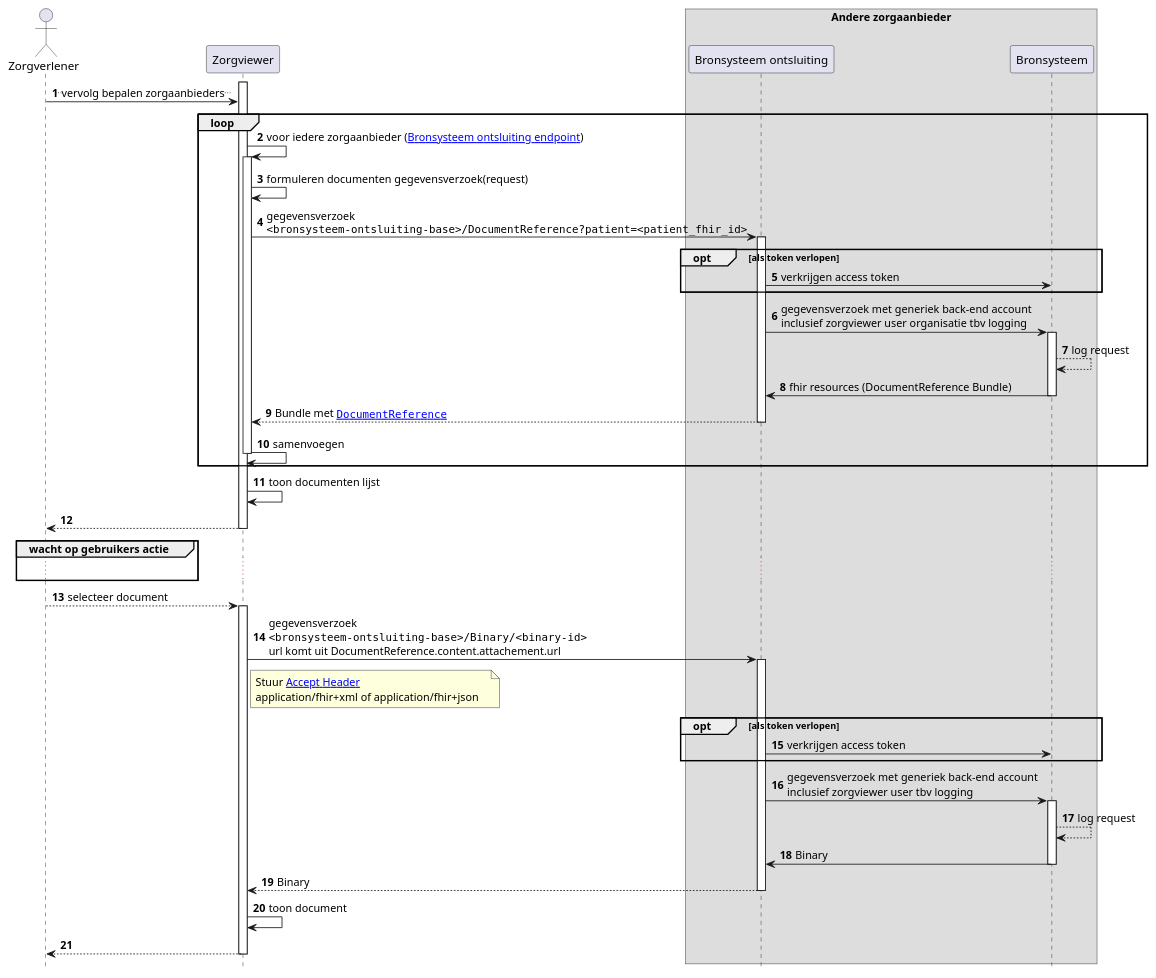
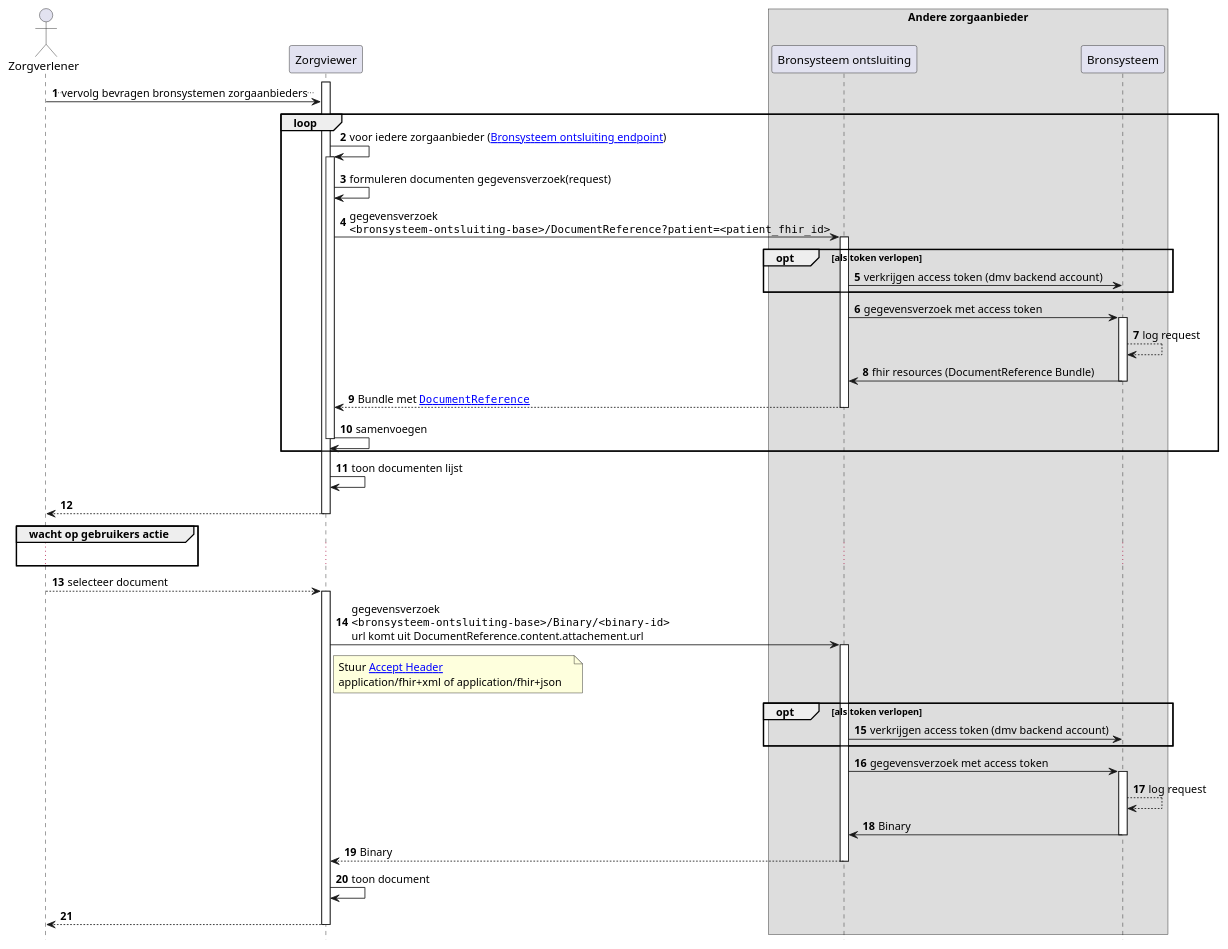
The diagram in input/images-source/Zorgviewer-seq-4.plantuml (RIVO-Noord/zorgviewer-ig), drawn with PlantUML before and after one commit. The commit also changed 3 other files, not shown here.

```diff
--- a/input/images-source/Zorgviewer-seq-4.plantuml
+++ b/input/images-source/Zorgviewer-seq-4.plantuml
@@ -1,61 +1,61 @@
 @startuml
 hide footbox
 autonumber
 
 actor Zorgverlener
 participant Zorgviewer
 box "Andere zorgaanbieder"
 participant "Bronsysteem ontsluiting" as Bron
 participant Bronsysteem
 end box
 
 activate Zorgviewer
-Zorgverlener->Zorgviewer: ..vervolg bepalen zorgaanbieders..
+Zorgverlener->Zorgviewer: ..vervolg bevragen bronsystemen zorgaanbieders..
 loop
     Zorgviewer->Zorgviewer: voor iedere zorgaanbieder ([[Endpoint-UMCG.html Bronsysteem ontsluiting endpoint]])
     activate Zorgviewer
     Zorgviewer->Zorgviewer: formuleren documenten gegevensverzoek(request)
     Zorgviewer->Bron: gegevensverzoek\n""<bronsysteem-ontsluiting-base>/DocumentReference?patient=<patient_fhir_id>""
     activate Bron
     opt als token verlopen
-        Bron->Bronsysteem : verkrijgen access token
+        Bron->Bronsysteem : verkrijgen access token (dmv backend account)
     end opt
-    Bron->Bronsysteem : gegevensverzoek met generiek back-end account\ninclusief zorgviewer user organisatie tbv logging
+    Bron->Bronsysteem : gegevensverzoek met access token
     activate Bronsysteem
     Bronsysteem-->Bronsysteem: log request
     Bronsysteem->Bron: fhir resources (DocumentReference Bundle)
     deactivate Bronsysteem
     Bron-->Zorgviewer: Bundle met ""[[StructureDefinition-DocumentReference.html DocumentReference]]""
     deactivate Bron
     Zorgviewer->Zorgviewer: samenvoegen
     deactivate Zorgviewer
 end
 Zorgviewer->Zorgviewer: toon documenten lijst
 Zorgviewer-->Zorgverlener
 deactivate Zorgviewer
 group wacht op gebruikers actie
 ...
 end
 Zorgverlener-->Zorgviewer: selecteer document
 activate Zorgviewer
 Zorgviewer->Bron: gegevensverzoek\n""<bronsysteem-ontsluiting-base>/Binary/<binary-id>""\nurl komt uit DocumentReference.content.attachement.url
 note right Zorgviewer
     Stuur [[http://hl7.org/fhir/STU3/binary.html#rest Accept Header]]
     application/fhir+xml of application/fhir+json   
 end note
 activate Bron
 opt als token verlopen
-    Bron->Bronsysteem : verkrijgen access token
+    Bron->Bronsysteem : verkrijgen access token (dmv backend account)
 end opt
-Bron->Bronsysteem : gegevensverzoek met generiek back-end account\ninclusief zorgviewer user tbv logging
+Bron->Bronsysteem : gegevensverzoek met access token
 activate Bronsysteem
 Bronsysteem-->Bronsysteem: log request
 Bronsysteem->Bron: Binary
 deactivate Bronsysteem
 Bron-->Zorgviewer: Binary
 deactivate Bron
 Zorgviewer->Zorgviewer: toon document
 Zorgviewer-->Zorgverlener
 deactivate Zorgviewer
 
 @enduml
```
